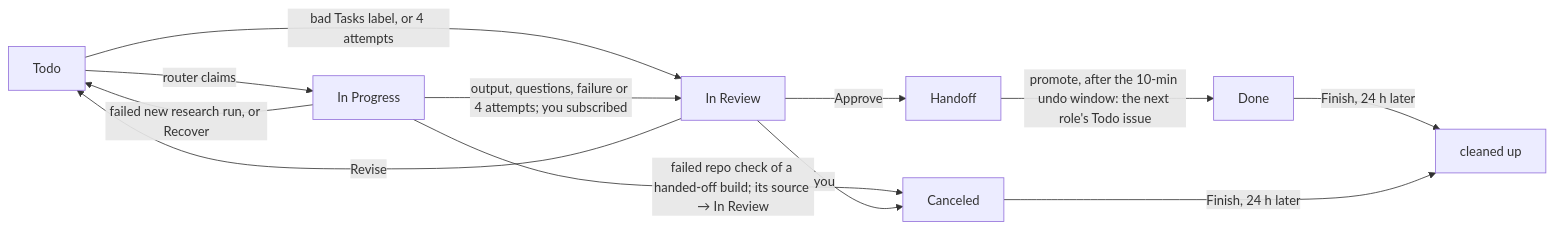
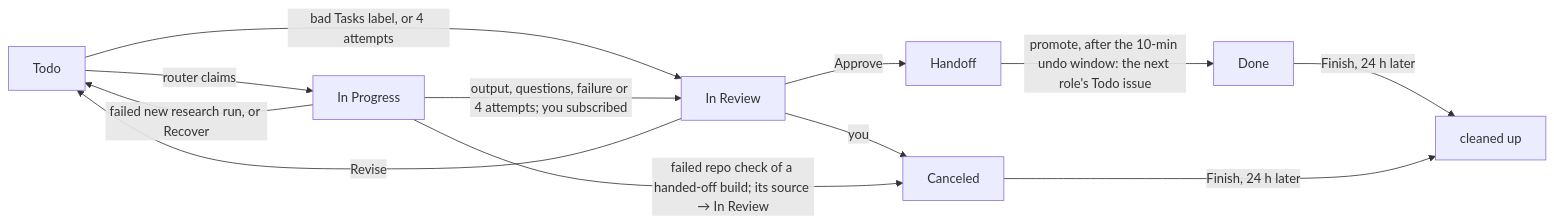
The second of 3 diagrams in README.md (ophis/agent-pm), drawn with Mermaid before and after one commit. The commit also changed other lines of this file and 2 other files, not shown here.

Commit message:
TASK-208: docs: test commands live in the root CLAUDE.md; bounce edge after its node; gotcha trim

````diff
--- a/README.md
+++ b/README.md
@@ -41,13 +41,13 @@
 ```mermaid
 flowchart LR
     T[Todo] -->|router claims| P[In Progress]
     T -->|"bad Tasks label, or 4 attempts"| R[In Review]
     P -->|"output, questions, failure or 4 attempts; you subscribed"| R
     P -->|"failed new research run, or Recover"| T
-    P -->|"failed repo check of a handed-off build; its source → In Review"| C
     R -->|Approve| H[Handoff]
     R -->|Revise| T
     R -->|you| C[Canceled]
+    P -->|"failed repo check of a handed-off build; its source → In Review"| C
     H -->|"promote, after the 10-min undo window: the next role's Todo issue"| D[Done]
     D & C -->|"Finish, 24 h later"| X[cleaned up]
 ```
````
